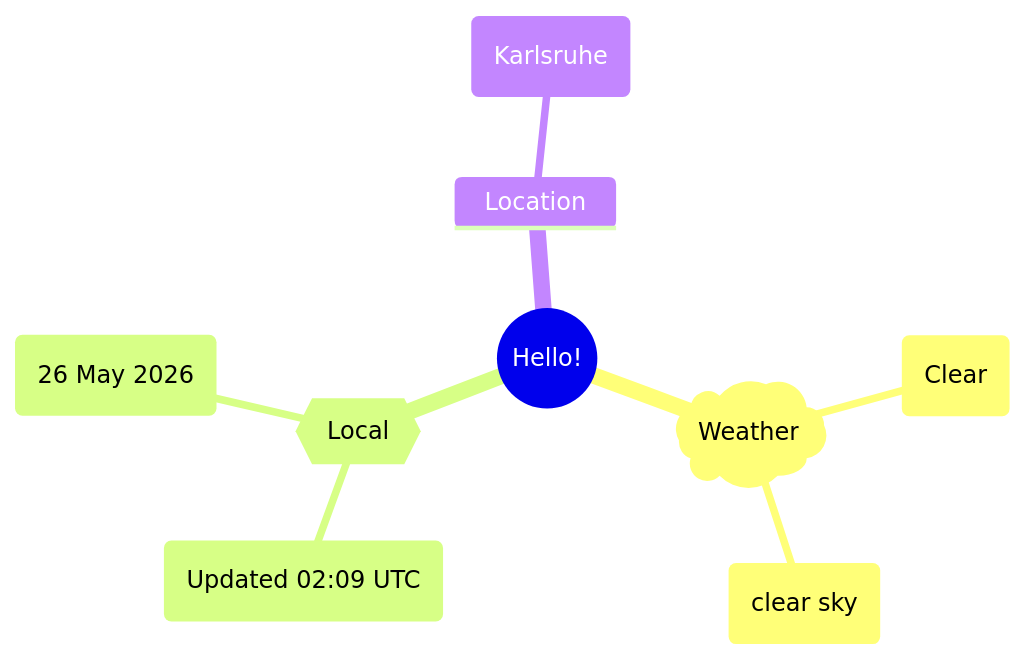
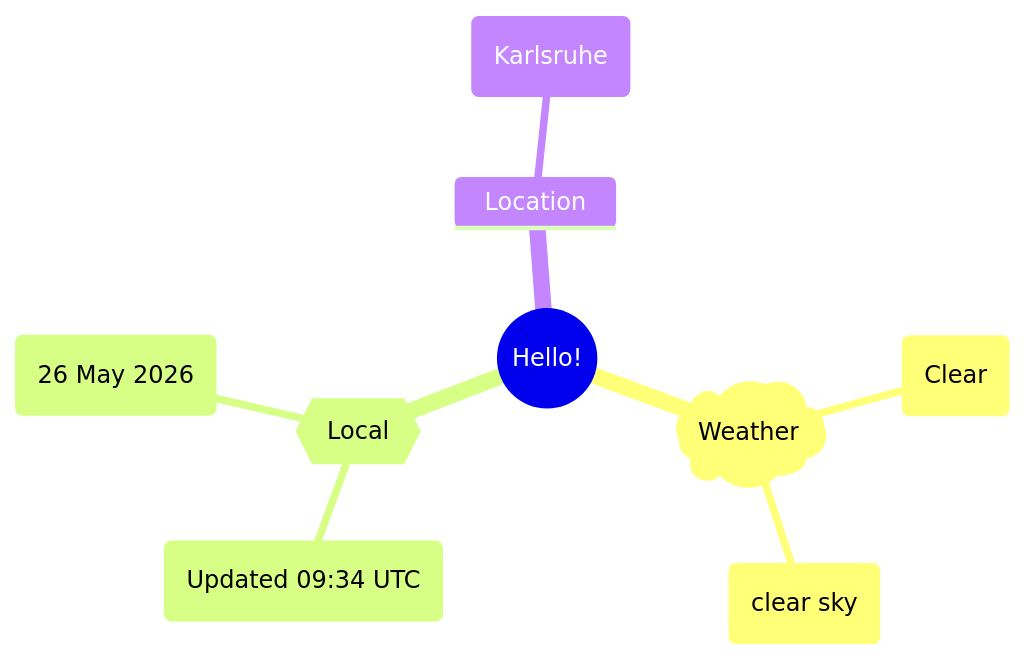
The first of 2 diagrams in README.md (Xosrov/Xosrov), drawn with Mermaid before and after one commit.

Commit message:
[bot] updated images

````diff
--- a/README.md
+++ b/README.md
@@ -3,12 +3,12 @@
 ```mermaid
 mindmap
   root((Hello!))
     )Weather(
         (Clear)
         (clear sky)
     {{Local}}
-        (Updated 02:09 UTC)
+        (Updated 09:34 UTC)
         (26 May 2026)
     Location
         (Karlsruhe)
 ```
````
